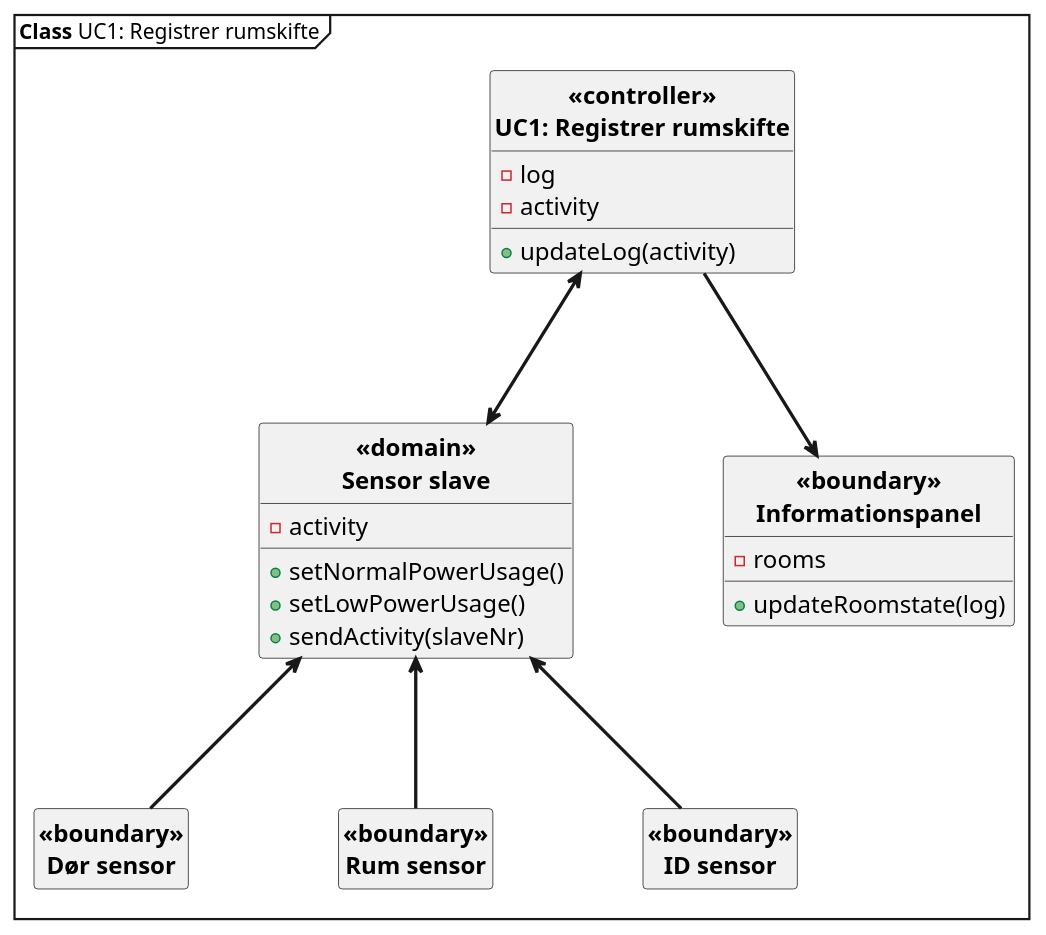
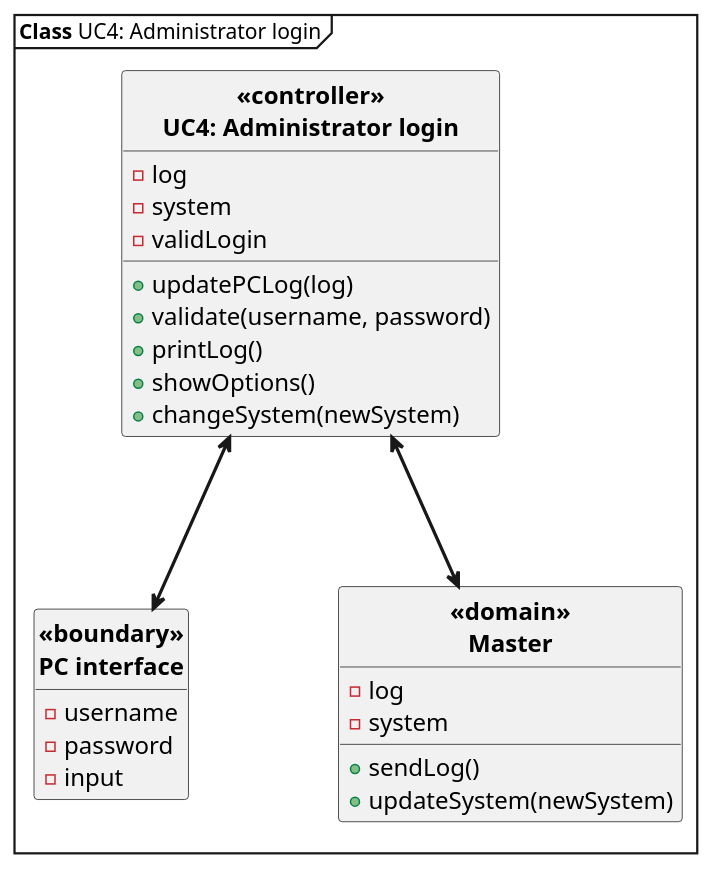
Before and after one commit to Tukkel/Projekt_2: the diagram in SysML/UC4 class.puml, drawn with PlantUML. The commit also changed 2 other files, not shown here.

```diff
--- a/SysML/UC4 class.puml
+++ b/SysML/UC4 class.puml
@@ -1,57 +1,46 @@
-@startuml UC1 class
+@startuml UC4 class
 ' Default param deffinition
 skinparam style strictuml
 skinparam DefaultFontSize 16
-skinparam DefaultFontName times new roman
 skinparam ArrowFontSize 16
 skinparam ArrowThickness 2.2
 skinparam Linetype poly
 skinparam ranksep 100
 skinparam nodesep 100
 hide empty members
 
 
-mainframe **Class** UC1: Registrer rumskifte
+mainframe **Class** UC4: Administrator login
 
 ' Class definition
-Class "**<<boundary>>**\n**Dør sensor**" as DS{
 
-}
-
-Class "**<<boundary>>**\n**Rum sensor**" as RS{
-
-}
-
-Class "**<<boundary>>**\n**ID sensor**" as IDS{
-
+Class "**<<boundary>>**\n**PC interface**" as UI{
+- username
+- password
+- input
 }
 
 
-Class "**<<domain>>**\n**Sensor slave**" as SS{
-+ setNormalPowerUsage()
-+ setLowPowerUsage()
-+ sendActivity(slaveNr)
-- activity
+Class "**<<domain>>**\n**Master**" as master{
++ sendLog()
++ updateSystem(newSystem)
+- log
+- system
 }
 
-Class "**<<boundary>>**\n**Informationspanel**" as IP{
-+ updateRoomstate(log)
-- rooms
+Class "**<<controller>>**\n**UC4: Administrator login**" as PC{
++ updatePCLog(log)
++ validate(username, password)
++ printLog()
++ showOptions()
++ changeSystem(newSystem)
+- log
+- system
+- validLogin
 }
 
-Class "**<<controller>>**\n**UC1: Registrer rumskifte**" as RR{
-+ updateLog(activity)
-- log
-- activity
-}
+' Conection definition
+PC <--> UI
+PC <--> master
 
-
-
-' Conection definition
-SS <-- DS
-SS <-- RS
-SS <-- IDS
-
-RR <--> SS
-RR --> IP
 @enduml
```
